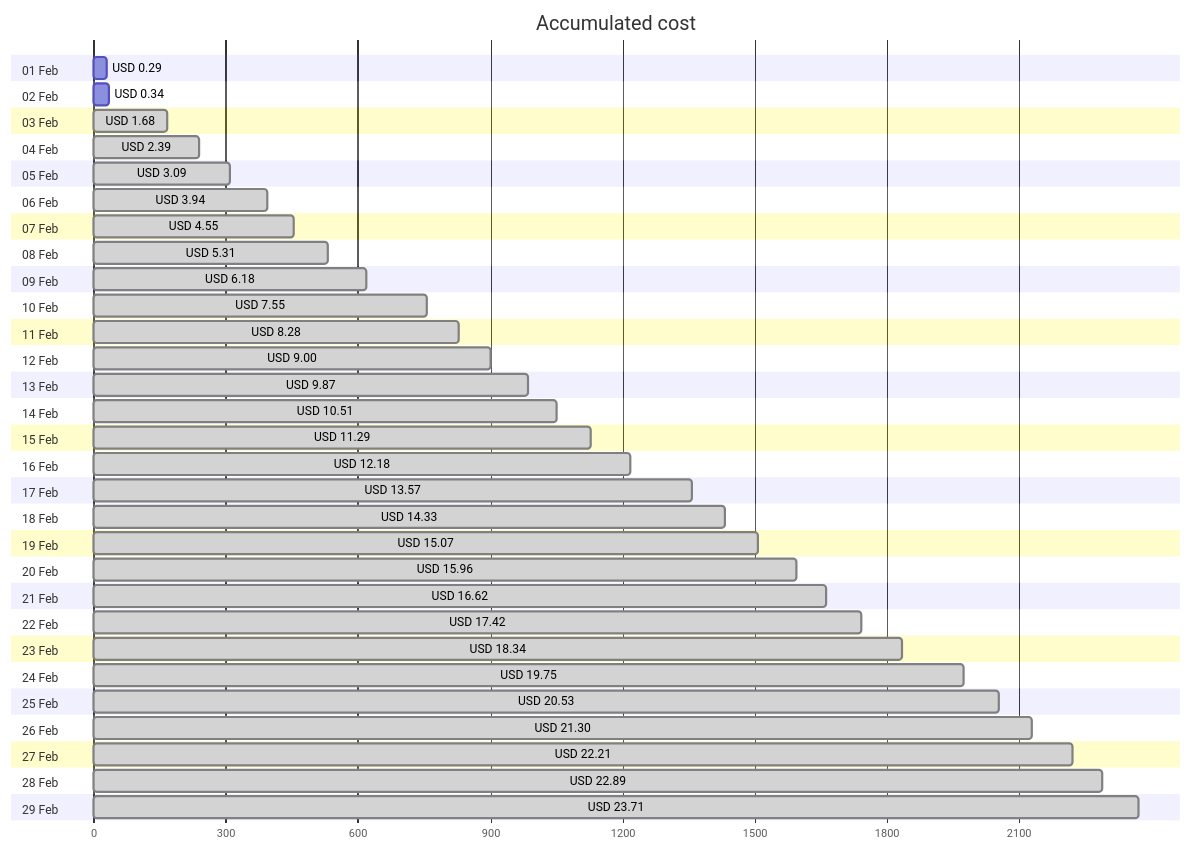
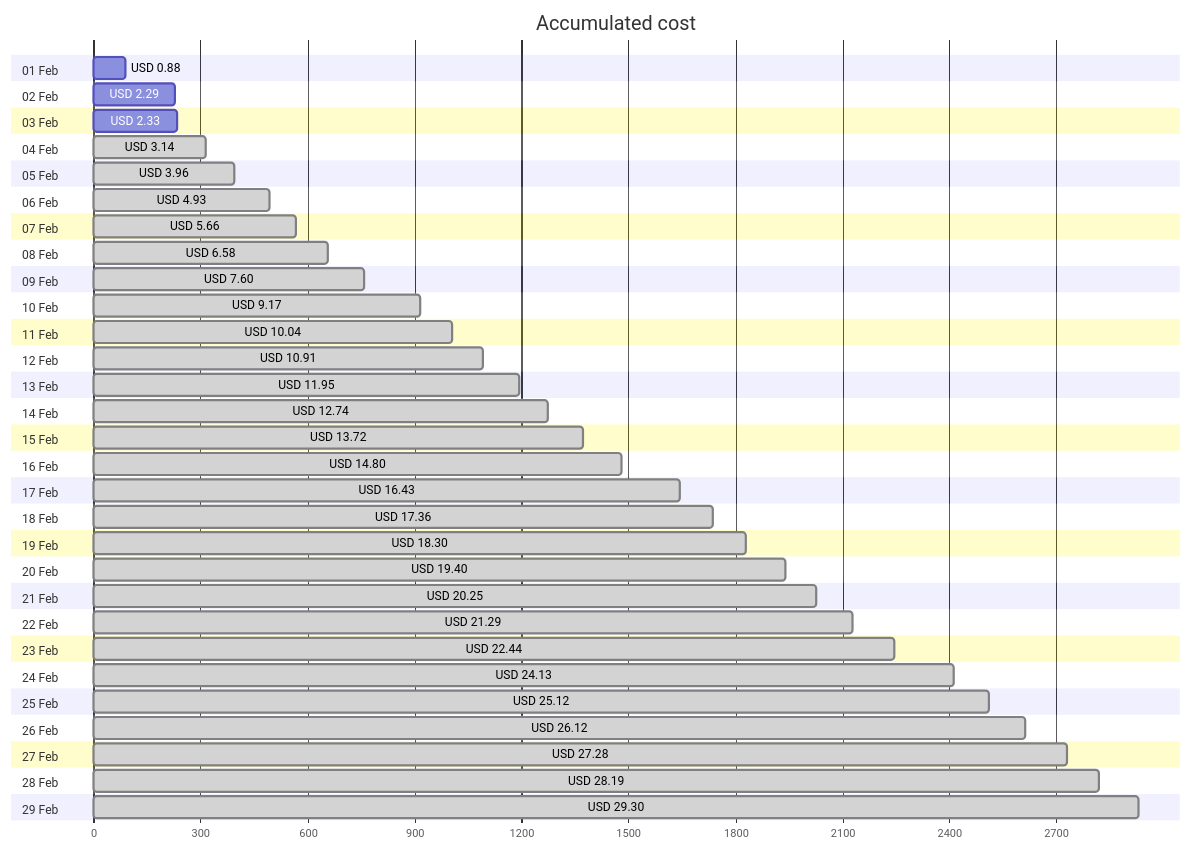
One commit to jpfulton/azure-personal-reports changed the first of 4 diagrams in cost-reports/personal-network/vpn-server.md. Above: the diagram before and after it, drawn with Mermaid. The commit also changed other lines of this file and 8 other files, not shown here.

````diff
--- a/cost-reports/personal-network/vpn-server.md
+++ b/cost-reports/personal-network/vpn-server.md
@@ -20,64 +20,64 @@
 ```mermaid
 gantt
    title Accumulated cost
    dateFormat  X
    axisFormat %s
    section 01 Feb
-   USD 0.29 :0, 29
+   USD 0.88 :0, 88
    section 02 Feb
-   USD 0.34 :0, 34
+   USD 2.29 :0, 229
    section 03 Feb
-   USD 1.68 : done, 0, 168
+   USD 2.33 :0, 233
    section 04 Feb
-   USD 2.39 : done, 0, 239
+   USD 3.14 : done, 0, 314
    section 05 Feb
-   USD 3.09 : done, 0, 309
+   USD 3.96 : done, 0, 396
    section 06 Feb
-   USD 3.94 : done, 0, 394
+   USD 4.93 : done, 0, 493
    section 07 Feb
-   USD 4.55 : done, 0, 455
+   USD 5.66 : done, 0, 566
    section 08 Feb
-   USD 5.31 : done, 0, 531
+   USD 6.58 : done, 0, 658
    section 09 Feb
-   USD 6.18 : done, 0, 618
+   USD 7.60 : done, 0, 760
    section 10 Feb
-   USD 7.55 : done, 0, 755
+   USD 9.17 : done, 0, 917
    section 11 Feb
-   USD 8.28 : done, 0, 828
+   USD 10.04 : done, 0, 1004
    section 12 Feb
-   USD 9.00 : done, 0, 900
+   USD 10.91 : done, 0, 1091
    section 13 Feb
-   USD 9.87 : done, 0, 987
+   USD 11.95 : done, 0, 1195
    section 14 Feb
-   USD 10.51 : done, 0, 1051
+   USD 12.74 : done, 0, 1274
    section 15 Feb
-   USD 11.29 : done, 0, 1129
+   USD 13.72 : done, 0, 1372
    section 16 Feb
-   USD 12.18 : done, 0, 1218
+   USD 14.80 : done, 0, 1480
    section 17 Feb
-   USD 13.57 : done, 0, 1357
+   USD 16.43 : done, 0, 1643
    section 18 Feb
-   USD 14.33 : done, 0, 1433
+   USD 17.36 : done, 0, 1736
    section 19 Feb
-   USD 15.07 : done, 0, 1507
+   USD 18.30 : done, 0, 1830
    section 20 Feb
-   USD 15.96 : done, 0, 1596
+   USD 19.40 : done, 0, 1940
    section 21 Feb
-   USD 16.62 : done, 0, 1662
+   USD 20.25 : done, 0, 2025
    section 22 Feb
-   USD 17.42 : done, 0, 1742
+   USD 21.29 : done, 0, 2129
    section 23 Feb
-   USD 18.34 : done, 0, 1834
+   USD 22.44 : done, 0, 2244
    section 24 Feb
-   USD 19.75 : done, 0, 1975
+   USD 24.13 : done, 0, 2413
    section 25 Feb
-   USD 20.53 : done, 0, 2053
+   USD 25.12 : done, 0, 2512
    section 26 Feb
-   USD 21.30 : done, 0, 2130
+   USD 26.12 : done, 0, 2612
    section 27 Feb
-   USD 22.21 : done, 0, 2221
+   USD 27.28 : done, 0, 2728
    section 28 Feb
-   USD 22.89 : done, 0, 2289
+   USD 28.19 : done, 0, 2819
    section 29 Feb
-   USD 23.71 : done, 0, 2371
+   USD 29.30 : done, 0, 2930
 ```
````
